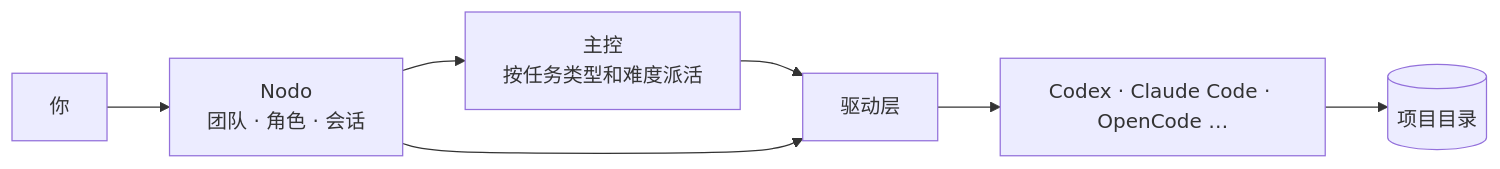
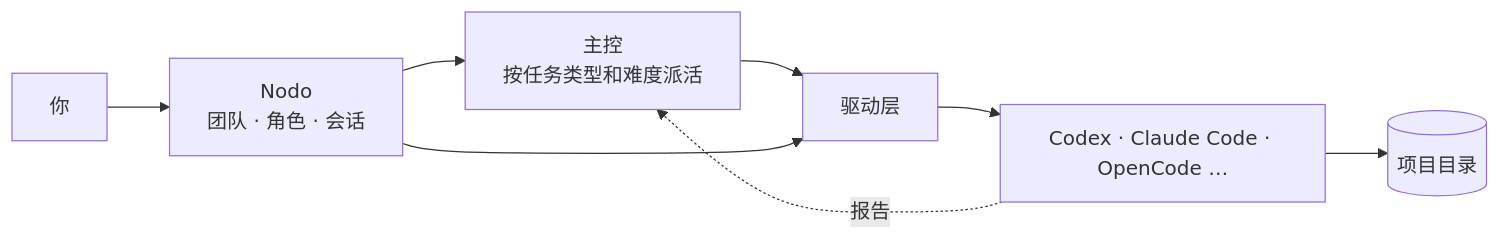
The diagram in README.md (waikoeng234/Nodo), drawn with Mermaid before and after one commit. The commit also changed other lines of this file and 87 other files, not shown here.

````diff
--- a/README.md
+++ b/README.md
@@ -56,9 +56,10 @@
 ```mermaid
 flowchart LR
     U[你] --> N[Nodo<br/>团队 · 角色 · 会话]
     N --> L[主控<br/>按任务类型和难度派活]
     L --> D[驱动层]
     N --> D
     D --> A[Codex · Claude Code · OpenCode …]
     A --> P[(项目目录)]
+    A -.->|报告| L
 ```
````
